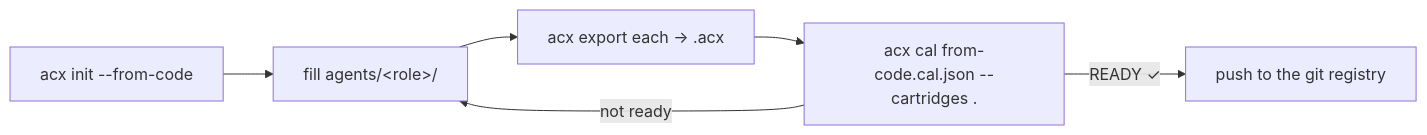
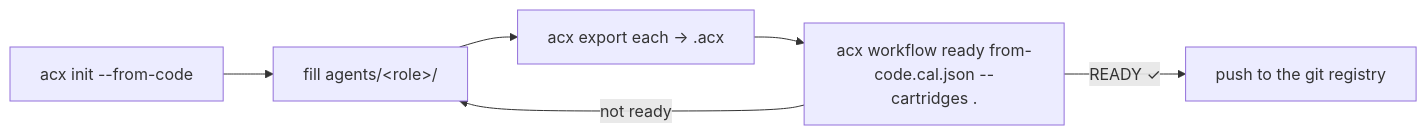
The diagram in docs-site/docs/lifecycle/init-agent-set.md (lboel/acx), drawn with Mermaid before and after one commit. The commit also changed other lines of this file and 66 other files, not shown here.

````diff
--- a/docs-site/docs/lifecycle/init-agent-set.md
+++ b/docs-site/docs/lifecycle/init-agent-set.md
@@ -76,8 +76,8 @@
 ```mermaid
 flowchart LR
   A["acx init --from-code"] --> B["fill agents/&lt;role&gt;/"]
   B --> C["acx export each → .acx"]
-  C --> D["acx cal from-code.cal.json --cartridges ."]
+  C --> D["acx workflow ready from-code.cal.json --cartridges ."]
   D -->|READY ✓| E["push to the git registry"]
   D -->|not ready| B
 ```
````
